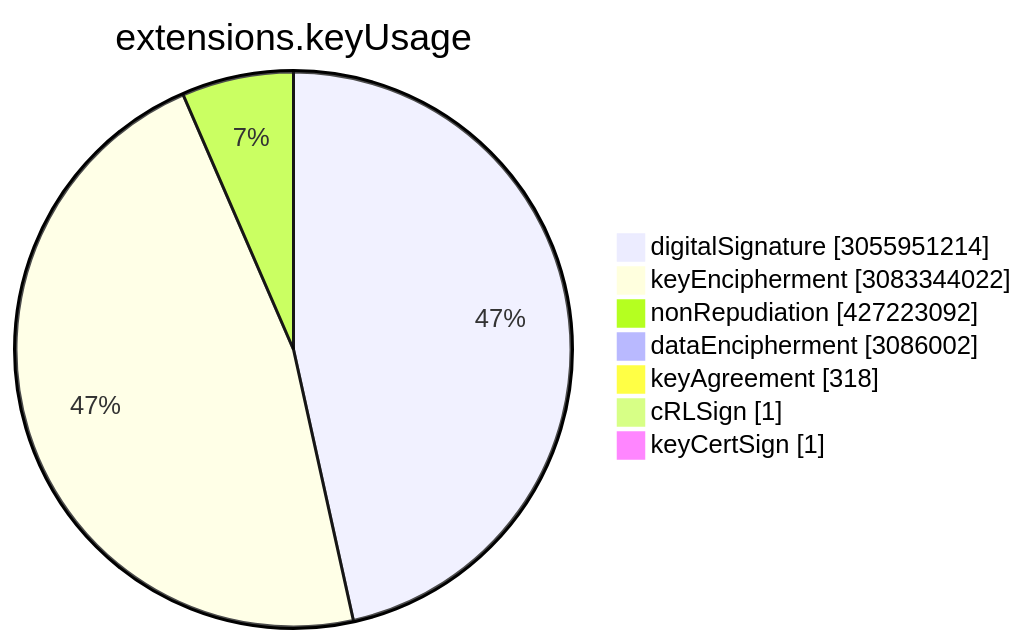
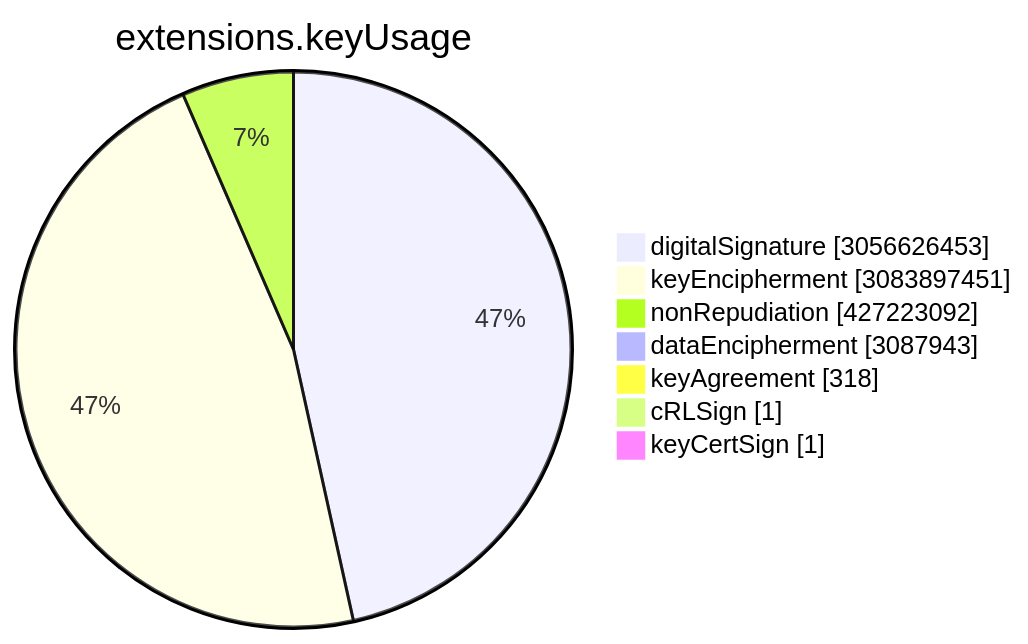
One commit to christiankrug/ctmonitor_visualization changed the sixth of 15 diagrams in TOTAL/README.md. Above: the diagram before and after it, drawn with Mermaid. The commit also changed other lines of this file, not shown here.

````diff
--- a/TOTAL/README.md
+++ b/TOTAL/README.md
@@ -3075,11 +3075,11 @@
 ```mermaid
 pie showData
 title extensions.keyUsage
-"digitalSignature" :3055951214
-"keyEncipherment" :3083344022
+"digitalSignature" :3056626453
+"keyEncipherment" :3083897451
 "nonRepudiation" :427223092
-"dataEncipherment" :3086002
+"dataEncipherment" :3087943
 "keyAgreement" :318
 "cRLSign" :1
 "keyCertSign" :1
 ```
````
